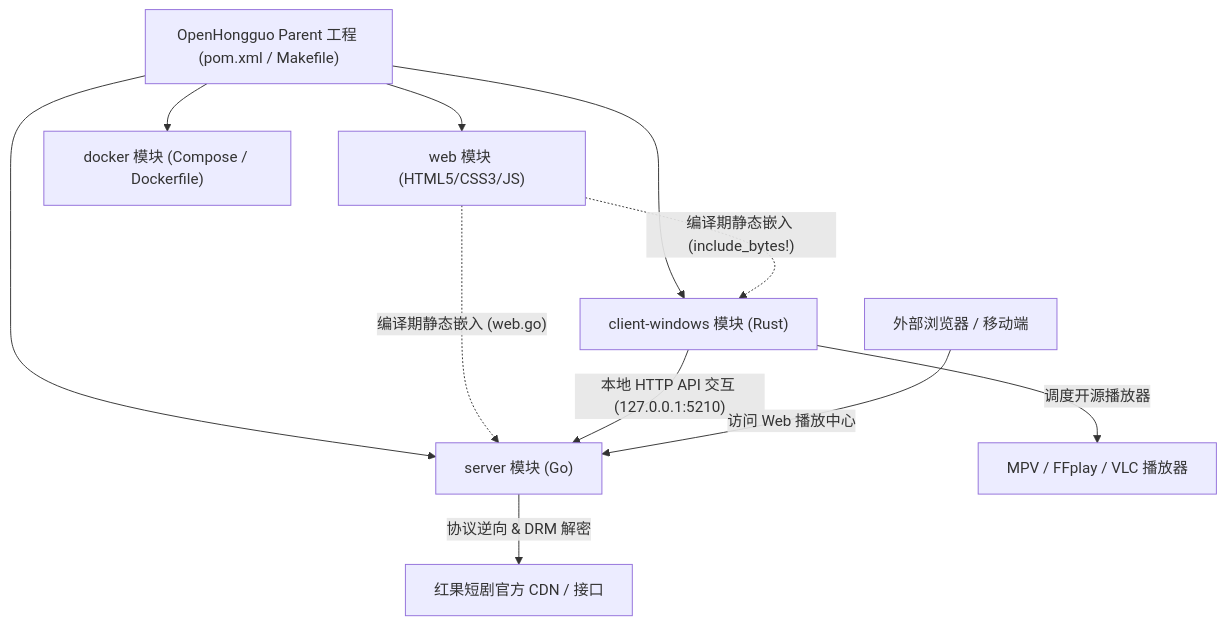
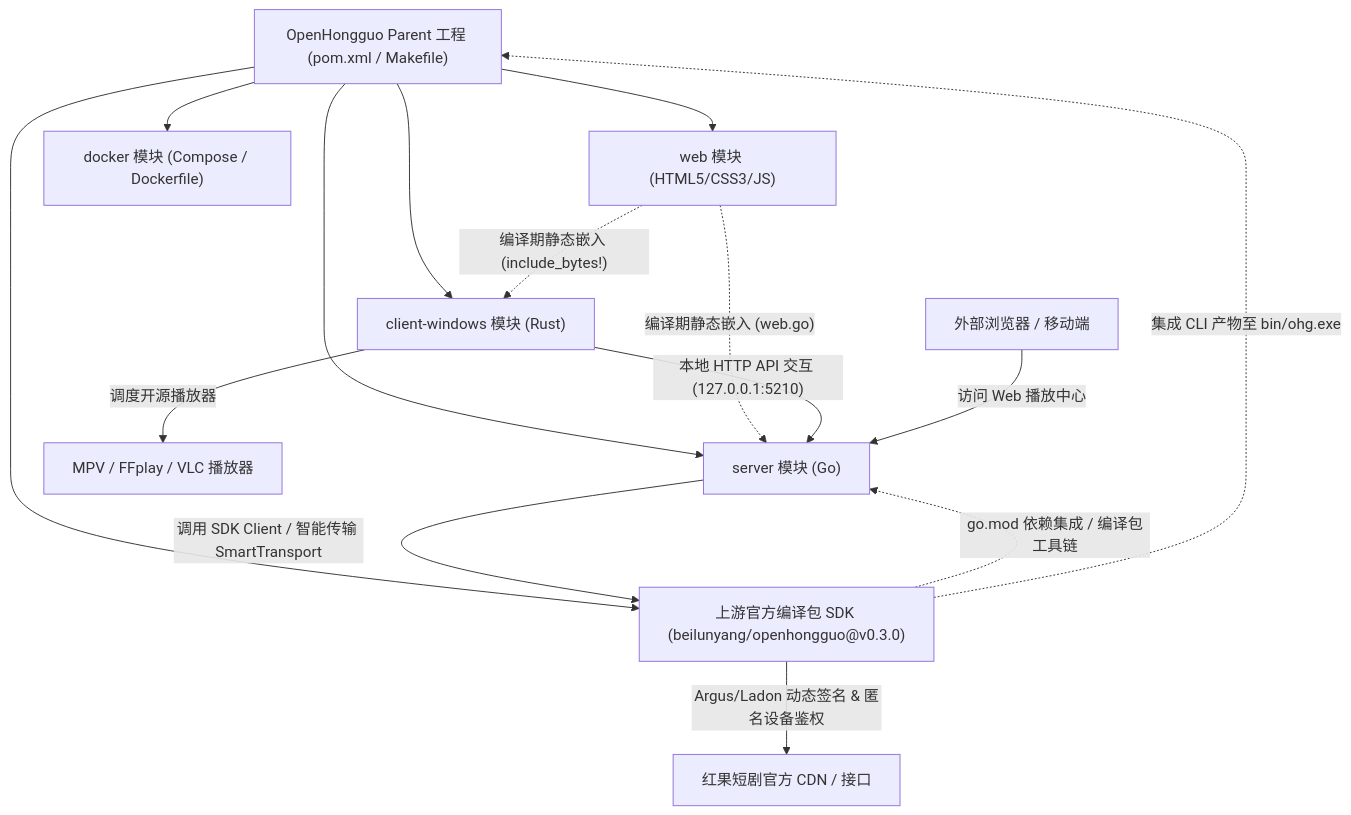
One commit to whiletoken/openhongguo changed the diagram in README.md. Above: the diagram before and after it, drawn with Mermaid. The commit also changed other lines of this file and 219 other files, not shown here.

````diff
--- a/README.md
+++ b/README.md
@@ -61,16 +60,21 @@
 ```mermaid
 graph TD
     Parent["OpenHongguo Parent 工程 (pom.xml / Makefile)"] --> ServerModule["server 模块 (Go)"]
     Parent --> WindowsModule["client-windows 模块 (Rust)"]
     Parent --> WebModule["web 模块 (HTML5/CSS3/JS)"]
     Parent --> DockerModule["docker 模块 (Compose / Dockerfile)"]
+    Parent --> UpstreamSDK["上游官方编译包 SDK (beilunyang/openhongguo@v0.3.0)"]
+
+    UpstreamSDK -.->|"go.mod 依赖集成 / 编译包工具链"| ServerModule
+    UpstreamSDK -.->|"集成 CLI 产物至 bin/ohg.exe"| Parent
 
     WebModule -.->|"编译期静态嵌入 (web.go)"| ServerModule
     WebModule -.->|"编译期静态嵌入 (include_bytes!)"| WindowsModule
 
     WindowsModule -->|"本地 HTTP API 交互 (127.0.0.1:5210)"| ServerModule
     Browser["外部浏览器 / 移动端"] -->|"访问 Web 播放中心"| ServerModule
 
-    ServerModule -->|"协议逆向 & DRM 解密"| HongguoAPI["红果短剧官方 CDN / 接口"]
+    ServerModule -->|"调用 SDK Client / 智能传输 SmartTransport"| UpstreamSDK
+    UpstreamSDK -->|"Argus/Ladon 动态签名 & 匿名设备鉴权"| HongguoAPI["红果短剧官方 CDN / 接口"]
     WindowsModule -->|"调度开源播放器"| Players["MPV / FFplay / VLC 播放器"]
 ```
````
